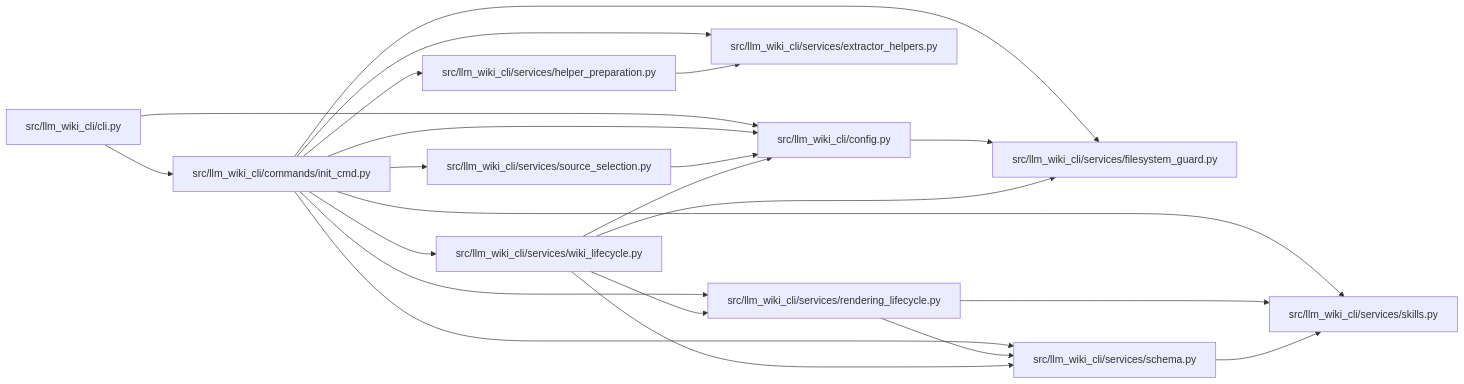
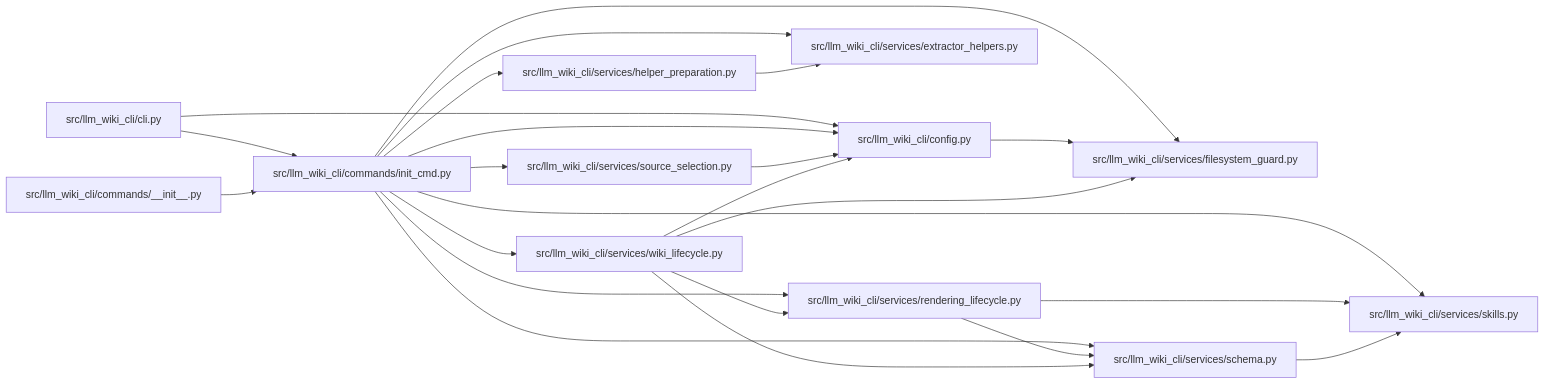
One commit to Denissvgn/python-wiki-llm changed the diagram in docs/llm_wiki/modules/init_cmd.md. Above: the diagram before and after it, drawn with Mermaid. The commit also changed other lines of this file and 554 other files, not shown here.

First line of the commit message:
docs: integrate source-reading guides and refresh wiki

````diff
--- a/docs/llm_wiki/modules/init_cmd.md
+++ b/docs/llm_wiki/modules/init_cmd.md
@@ -39,46 +39,49 @@
 ```mermaid
 flowchart LR
     n0["src/llm_wiki_cli/cli.py"]
-    n1["src/llm_wiki_cli/commands/init_cmd.py"]
-    n2["src/llm_wiki_cli/config.py"]
-    n3["src/llm_wiki_cli/services/extractor_helpers.py"]
-    n4["src/llm_wiki_cli/services/filesystem_guard.py"]
-    n5["src/llm_wiki_cli/services/helper_preparation.py"]
-    n6["src/llm_wiki_cli/services/rendering_lifecycle.py"]
-    n7["src/llm_wiki_cli/services/schema.py"]
-    n8["src/llm_wiki_cli/services/skills.py"]
-    n9["src/llm_wiki_cli/services/source_selection.py"]
-    n10["src/llm_wiki_cli/services/wiki_lifecycle.py"]
-    n0 --> n1
+    n1["src/llm_wiki_cli/commands/__init__.py"]
+    n2["src/llm_wiki_cli/commands/init_cmd.py"]
+    n3["src/llm_wiki_cli/config.py"]
+    n4["src/llm_wiki_cli/services/extractor_helpers.py"]
+    n5["src/llm_wiki_cli/services/filesystem_guard.py"]
+    n6["src/llm_wiki_cli/services/helper_preparation.py"]
+    n7["src/llm_wiki_cli/services/rendering_lifecycle.py"]
+    n8["src/llm_wiki_cli/services/schema.py"]
+    n9["src/llm_wiki_cli/services/skills.py"]
+    n10["src/llm_wiki_cli/services/source_selection.py"]
+    n11["src/llm_wiki_cli/services/wiki_lifecycle.py"]
     n0 --> n2
+    n0 --> n3
     n1 --> n2
-    n1 --> n3
-    n1 --> n4
-    n1 --> n5
-    n1 --> n6
-    n1 --> n7
-    n1 --> n8
-    n1 --> n9
-    n1 --> n10
+    n2 --> n3
     n2 --> n4
-    n5 --> n3
-    n6 --> n7
-    n6 --> n8
+    n2 --> n5
+    n2 --> n6
+    n2 --> n7
+    n2 --> n8
+    n2 --> n9
+    n2 --> n10
+    n2 --> n11
+    n3 --> n5
+    n6 --> n4
     n7 --> n8
-    n9 --> n2
-    n10 --> n2
-    n10 --> n4
-    n10 --> n6
-    n10 --> n7
+    n7 --> n9
+    n8 --> n9
+    n10 --> n3
+    n11 --> n3
+    n11 --> n5
+    n11 --> n7
+    n11 --> n8
     click n0 "../modules/cli.md"
-    click n1 "../modules/init_cmd.md"
-    click n2 "../modules/config.md"
-    click n3 "../modules/extractor_helpers.md"
-    click n4 "../modules/filesystem_guard.md"
-    click n5 "../modules/helper_preparation.md"
-    click n6 "../modules/rendering_lifecycle.md"
-    click n7 "../modules/services_schema.md"
-    click n8 "../modules/skills.md"
-    click n9 "../modules/source_selection.md"
-    click n10 "../modules/wiki_lifecycle.md"
+    click n1 "../modules/commands___init__.md"
+    click n2 "../modules/init_cmd.md"
+    click n3 "../modules/config.md"
+    click n4 "../modules/extractor_helpers.md"
+    click n5 "../modules/filesystem_guard.md"
+    click n6 "../modules/helper_preparation.md"
+    click n7 "../modules/rendering_lifecycle.md"
+    click n8 "../modules/services_schema.md"
+    click n9 "../modules/skills.md"
+    click n10 "../modules/source_selection.md"
+    click n11 "../modules/wiki_lifecycle.md"
 ```
````
